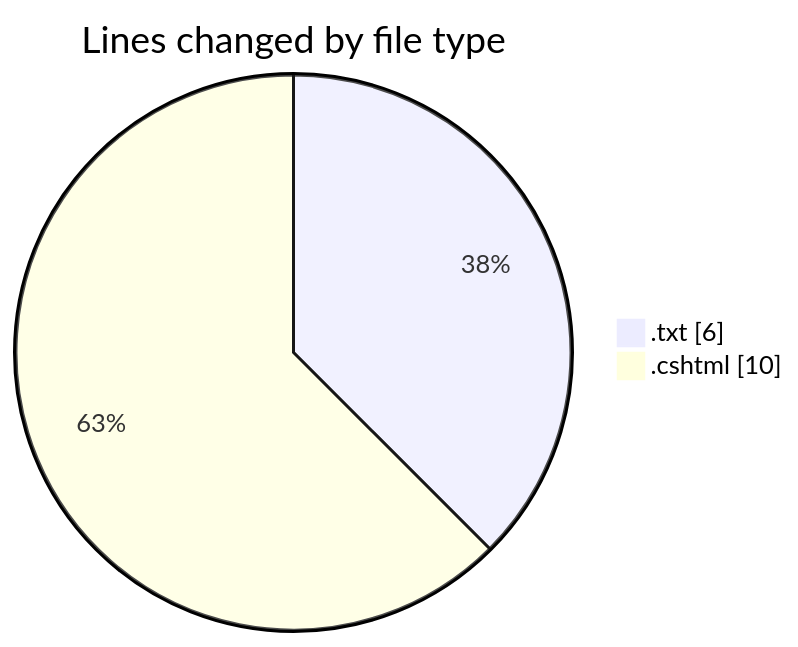
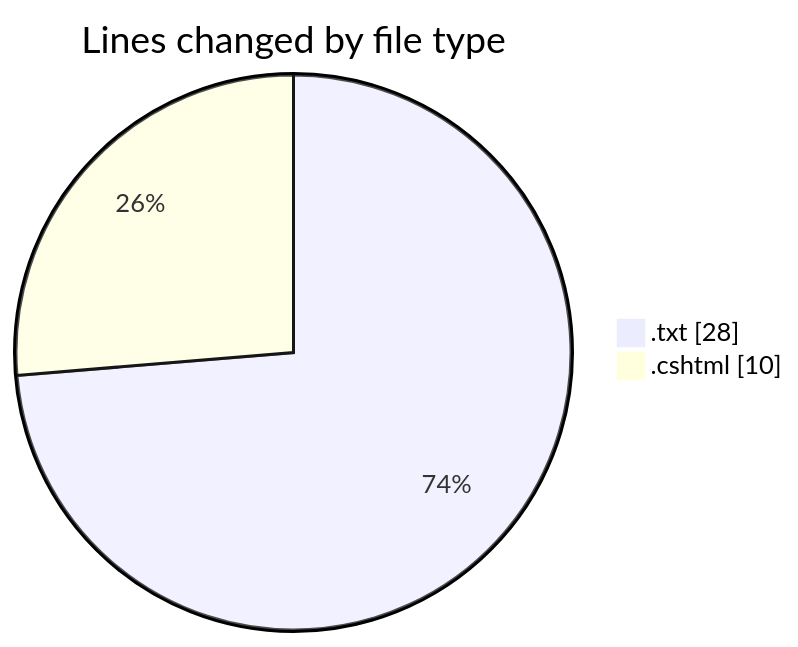
Before and after one commit to lephambinh05/code-tracking: the first of 2 diagrams in 2025-07-25/quanlyrapchieuphim-1/README.md, drawn with Mermaid. The commit also changed other lines of this file and 1 other file, not shown here.

````diff
--- a/2025-07-25/quanlyrapchieuphim-1/README.md
+++ b/2025-07-25/quanlyrapchieuphim-1/README.md
@@ -21,6 +21,6 @@
 ```mermaid
 pie showData
 title Lines changed by file type
-".txt" : 6
+".txt" : 28
 ".cshtml" : 10
 ```
````
